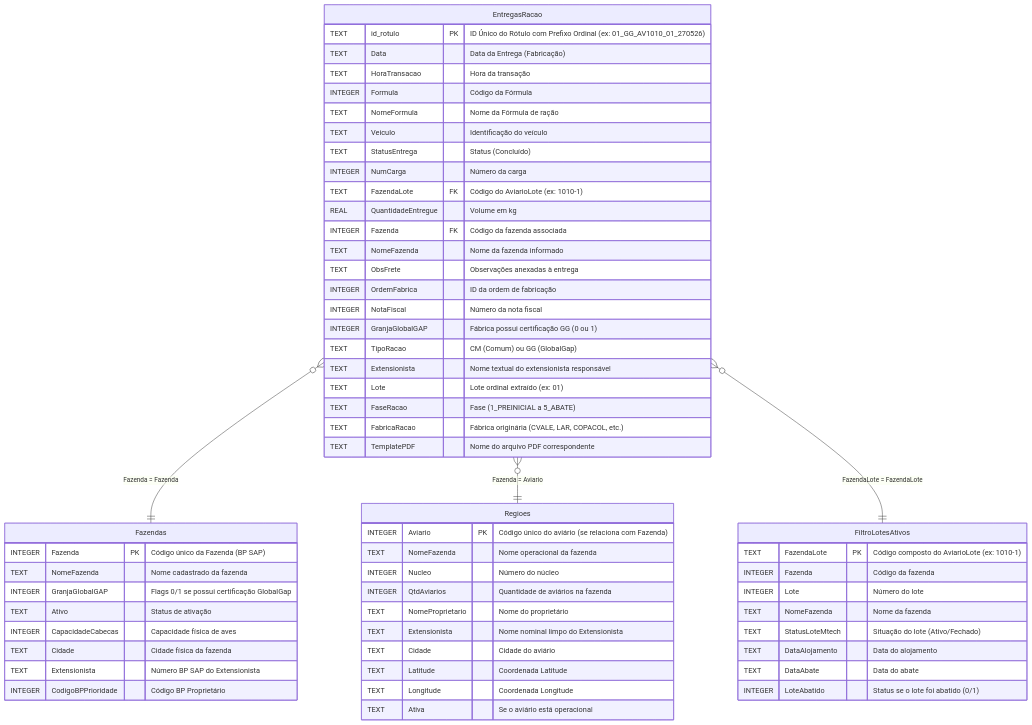
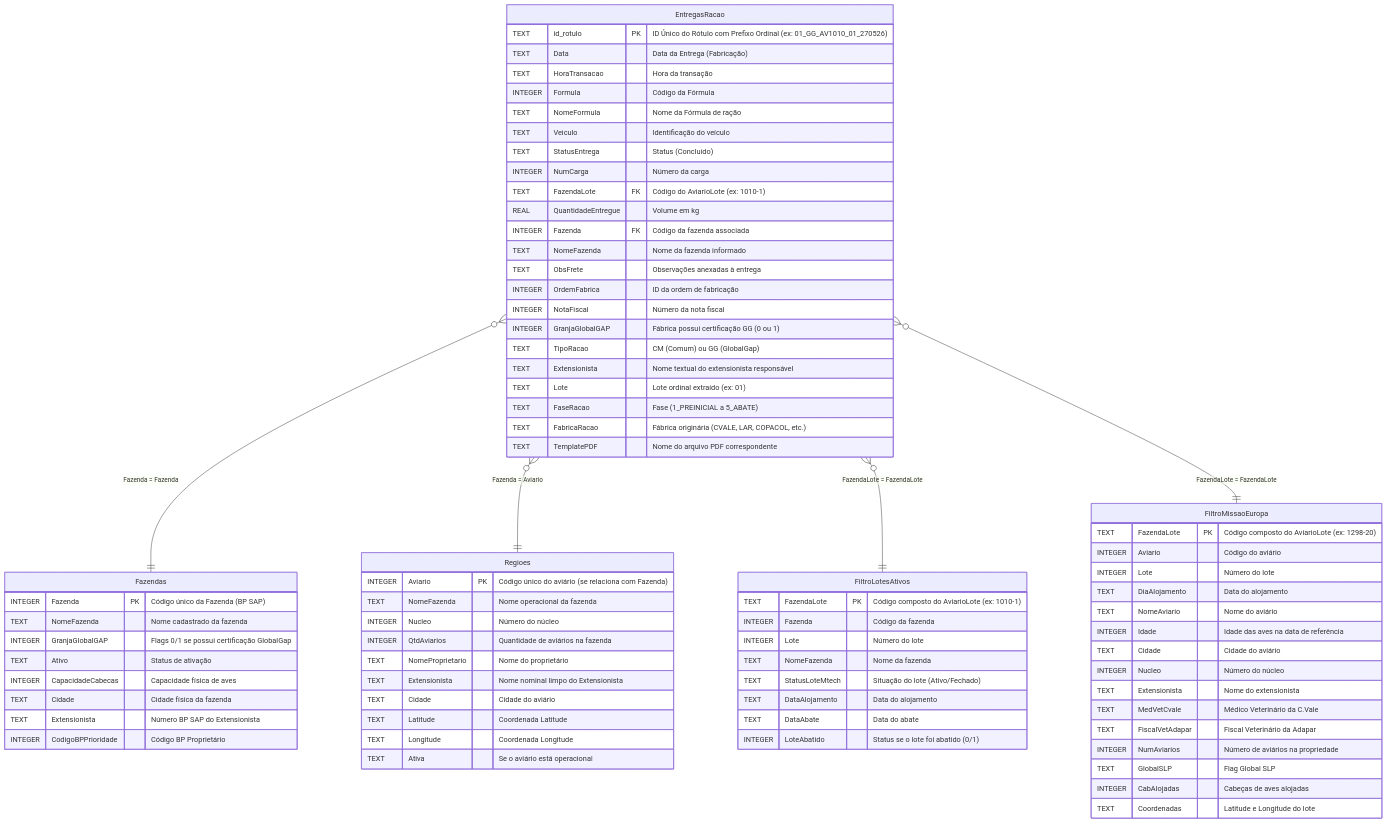
Before and after one commit to brunocorisco86/labelreprint: the diagram in docs/mer.md, drawn with Mermaid. The commit also changed other lines of this file and 8 other files, not shown here.

Commit message:
fix(etl): normalização de FazendaLote e filtragem generalizada de cargas fora de ordem

````diff
--- a/docs/mer.md
+++ b/docs/mer.md
@@ -68,7 +68,26 @@
         INTEGER LoteAbatido "Status se o lote foi abatido (0/1)"
     }
 
+    FiltroMissaoEuropa {
+        TEXT FazendaLote PK "Código composto do AviarioLote (ex: 1298-20)"
+        INTEGER Aviario "Código do aviário"
+        INTEGER Lote "Número do lote"
+        TEXT DiaAlojamento "Data do alojamento"
+        TEXT NomeAviario "Nome do aviário"
+        INTEGER Idade "Idade das aves na data de referência"
+        TEXT Cidade "Cidade do aviário"
+        INTEGER Nucleo "Número do núcleo"
+        TEXT Extensionista "Nome do extensionista"
+        TEXT MedVetCvale "Médico Veterinário da C.Vale"
+        TEXT FiscalVetAdapar "Fiscal Veterinário da Adapar"
+        INTEGER NumAviarios "Número de aviários na propriedade"
+        TEXT GlobalSLP "Flag Global SLP"
+        INTEGER CabAlojadas "Cabeças de aves alojadas"
+        TEXT Coordenadas "Latitude e Longitude do lote"
+    }
+
     EntregasRacao }o--|| Fazendas : "Fazenda = Fazenda"
     EntregasRacao }o--|| Regioes : "Fazenda = Aviario"
     EntregasRacao }o--|| FiltroLotesAtivos : "FazendaLote = FazendaLote"
+    EntregasRacao }o--|| FiltroMissaoEuropa : "FazendaLote = FazendaLote"
 ```
````
